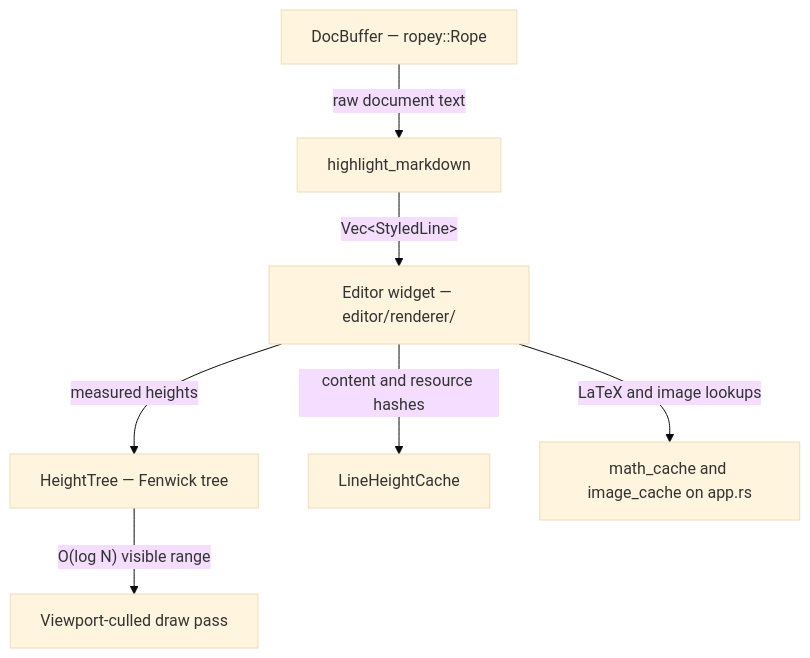
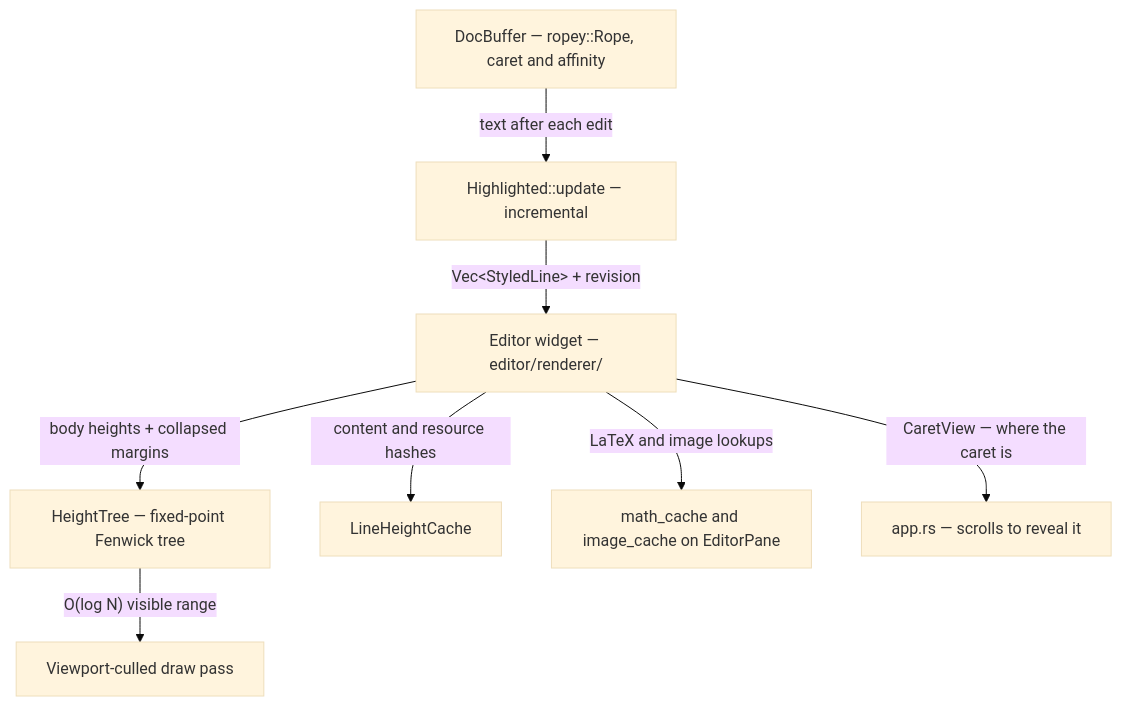
Before and after one commit to Suranjan77/md-editor: the first of 3 diagrams in wiki/Markdown-Pipeline.md, drawn with Mermaid (base theme). The commit also changed other lines of this file and 44 other files, not shown here.

Commit message:
feat: Editor polished, add line painting, update test, default fit fixed at less than 200%.

````diff
--- a/wiki/Markdown-Pipeline.md
+++ b/wiki/Markdown-Pipeline.md
@@ -12,9 +24,10 @@
 ```mermaid
 graph TD
-    A["DocBuffer — ropey::Rope"] -->|"raw document text"| B["highlight_markdown"]
-    B -->|"Vec&lt;StyledLine&gt;"| C["Editor widget — editor/renderer/"]
-    C -->|"measured heights"| D["HeightTree — Fenwick tree"]
+    A["DocBuffer — ropey::Rope, caret and affinity"] -->|"text after each edit"| B["Highlighted::update — incremental"]
+    B -->|"Vec&lt;StyledLine&gt; + revision"| C["Editor widget — editor/renderer/"]
+    C -->|"body heights + collapsed margins"| D["HeightTree — fixed-point Fenwick tree"]
     C -->|"content and resource hashes"| E["LineHeightCache"]
     D -->|"O(log N) visible range"| F["Viewport-culled draw pass"]
-    C -->|"LaTeX and image lookups"| G["math_cache and image_cache on app.rs"]
+    C -->|"LaTeX and image lookups"| G["math_cache and image_cache on EditorPane"]
+    C -->|"CaretView — where the caret is"| H["app.rs — scrolls to reveal it"]
 ```
````
